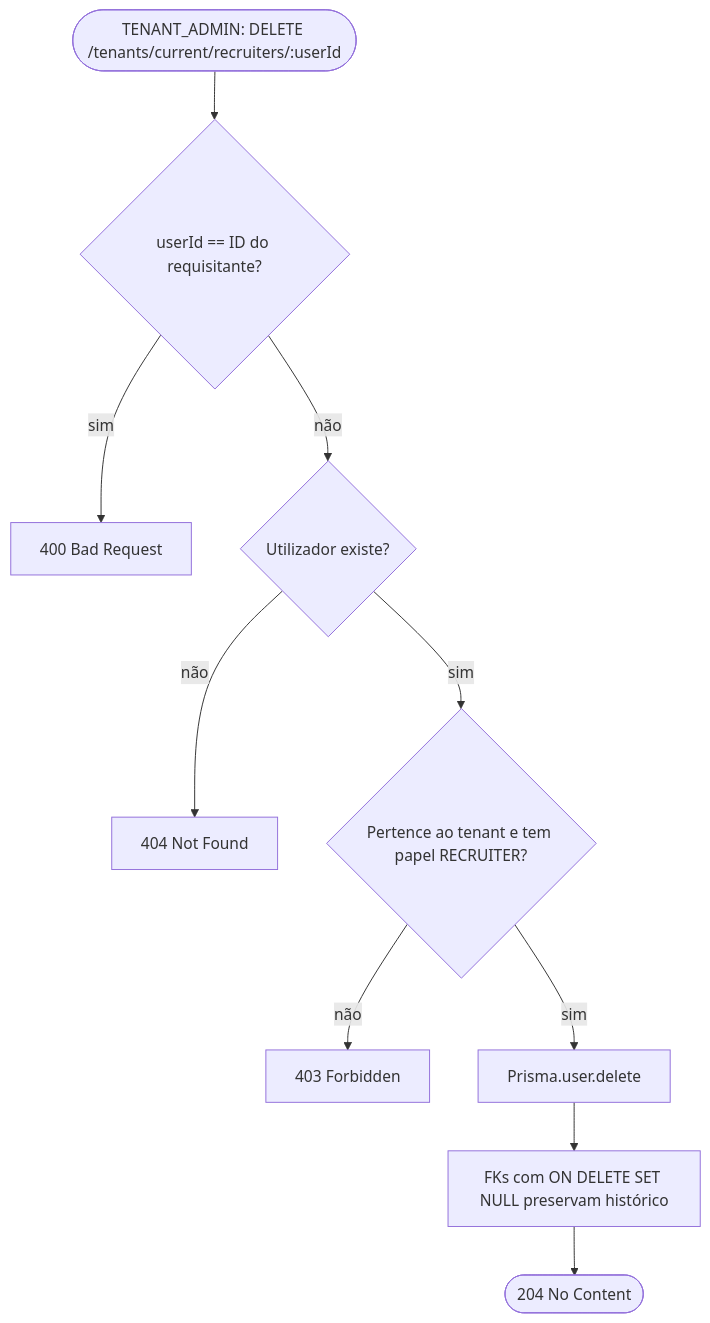
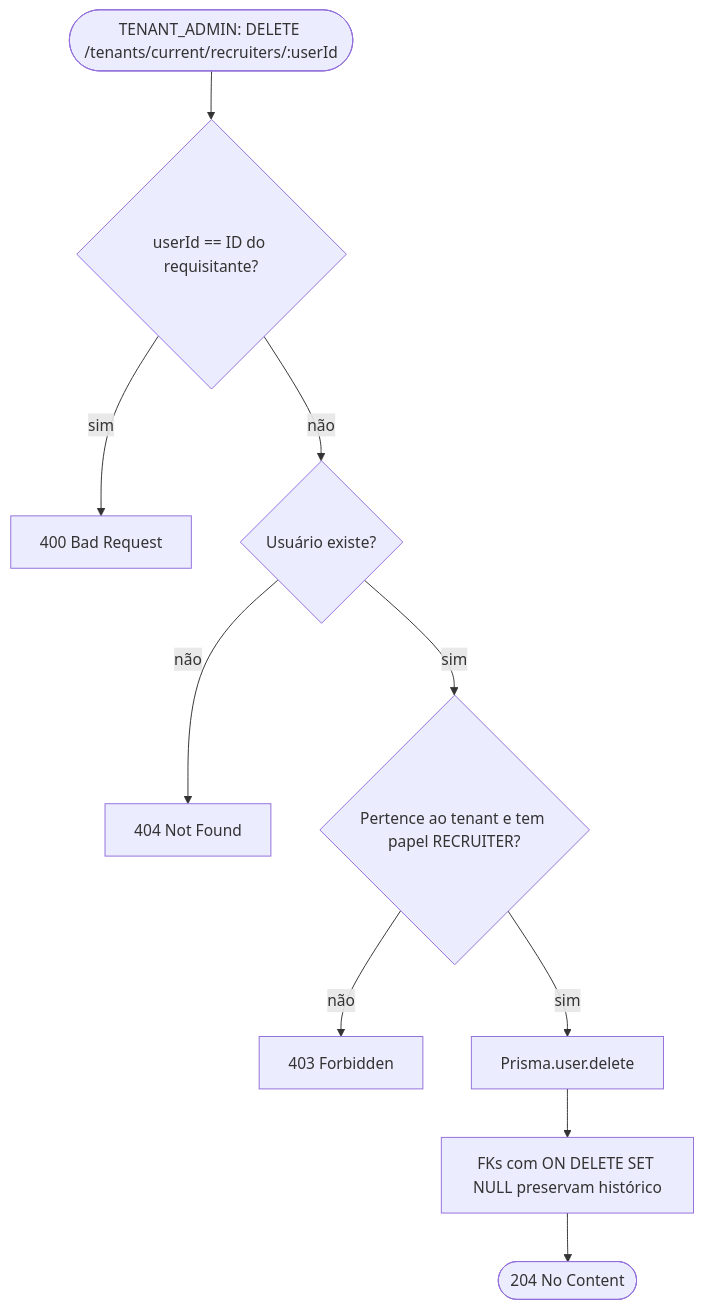
One commit to AndreXime/deploy-talent changed diagram 12 of 13 in FLUXOS.md. Above: the diagram before and after it, drawn with Mermaid. The commit also changed other lines of this file and 50 other files, not shown here.

````diff
--- a/FLUXOS.md
+++ b/FLUXOS.md
@@ -217,12 +217,12 @@
 ```mermaid
 flowchart TD
     start([TENANT_ADMIN: DELETE /tenants/current/recruiters/:userId]) --> self{userId == ID do requisitante?}
     self -- sim --> err400[400 Bad Request]
-    self -- não --> exists{Utilizador existe?}
+    self -- não --> exists{Usuário existe?}
     exists -- não --> err404[404 Not Found]
     exists -- sim --> scope{Pertence ao tenant e tem papel RECRUITER?}
     scope -- não --> err403[403 Forbidden]
     scope -- sim --> del[Prisma.user.delete]
     del --> setnull[FKs com ON DELETE SET NULL preservam histórico]
     setnull --> done([204 No Content])
 ```
````
